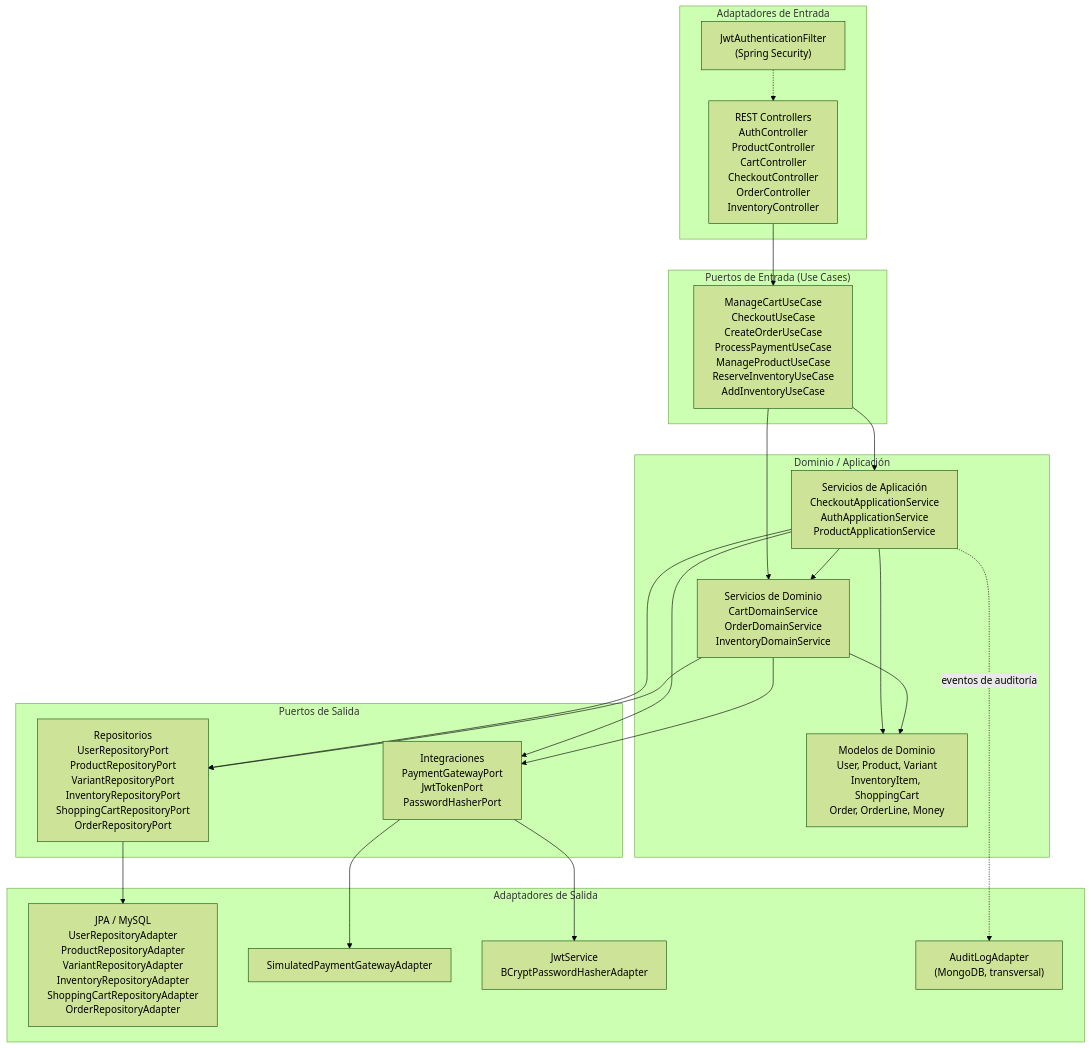
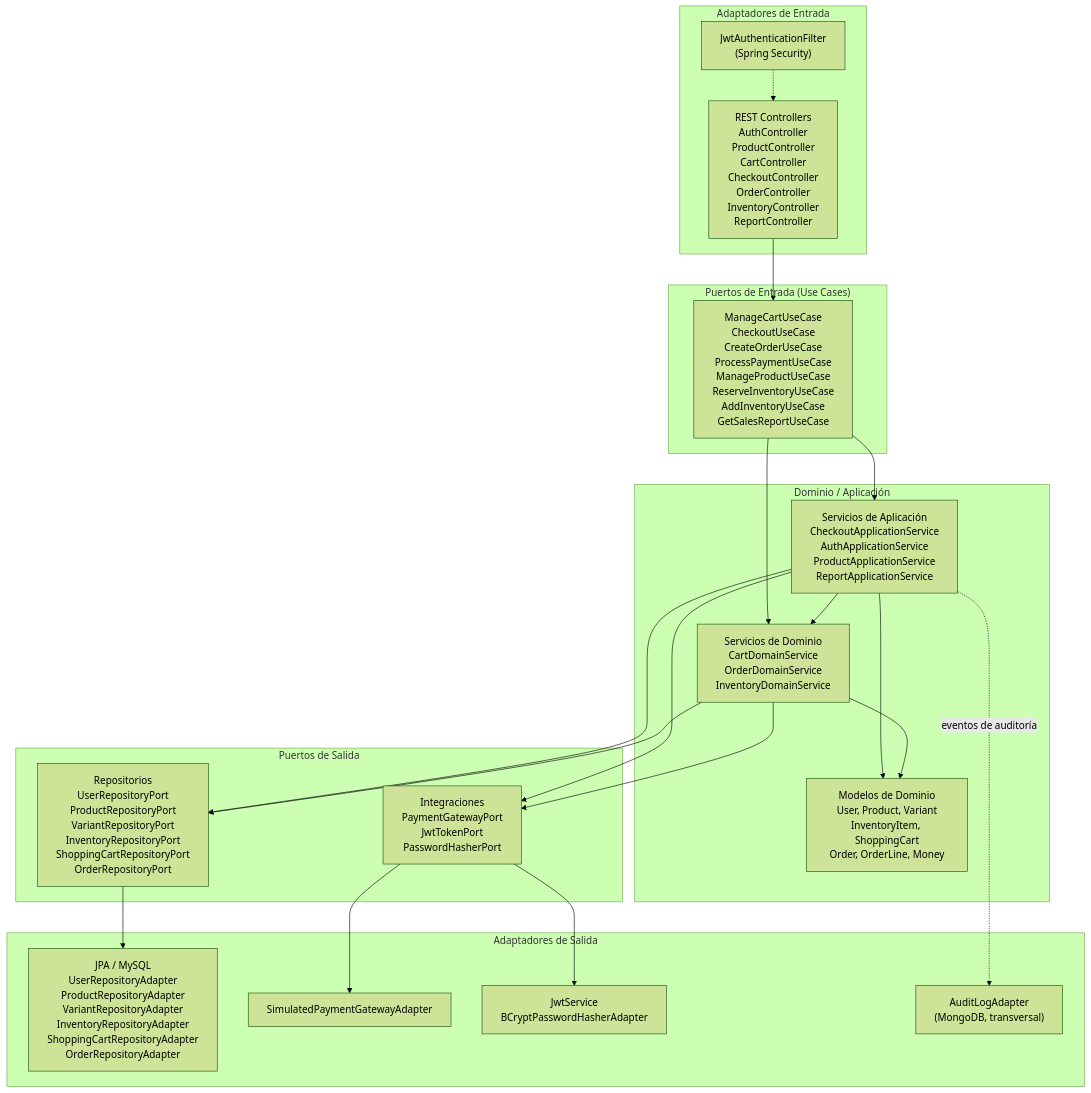
One commit to Combatt11/tradehub changed the diagram in SDD/03-Componentes.md. Above: the diagram before and after it, drawn with Mermaid (forest theme). The commit also changed 24 other files, not shown here.

Commit message:
feat(reports): add sales report endpoint, createdAt support, and 34 new tests (Prompt 17)

````diff
--- a/SDD/03-Componentes.md
+++ b/SDD/03-Componentes.md
@@ -14,45 +14,45 @@
 ```mermaid
 graph TD
     subgraph IN["Adaptadores de Entrada"]
-        REST["REST Controllers<br/>AuthController<br/>ProductController<br/>CartController<br/>CheckoutController<br/>OrderController<br/>InventoryController"]
+        REST["REST Controllers<br/>AuthController<br/>ProductController<br/>CartController<br/>CheckoutController<br/>OrderController<br/>InventoryController<br/>ReportController"]
         JWT["JwtAuthenticationFilter<br/>(Spring Security)"]
     end
 
     subgraph PORTS_IN["Puertos de Entrada (Use Cases)"]
-        UC["ManageCartUseCase<br/>CheckoutUseCase<br/>CreateOrderUseCase<br/>ProcessPaymentUseCase<br/>ManageProductUseCase<br/>ReserveInventoryUseCase<br/>AddInventoryUseCase"]
+        UC["ManageCartUseCase<br/>CheckoutUseCase<br/>CreateOrderUseCase<br/>ProcessPaymentUseCase<br/>ManageProductUseCase<br/>ReserveInventoryUseCase<br/>AddInventoryUseCase<br/>GetSalesReportUseCase"]
     end
 
     subgraph DOMAIN["Dominio / Aplicación"]
-        APP["Servicios de Aplicación<br/>CheckoutApplicationService<br/>AuthApplicationService<br/>ProductApplicationService"]
+        APP["Servicios de Aplicación<br/>CheckoutApplicationService<br/>AuthApplicationService<br/>ProductApplicationService<br/>ReportApplicationService"]
         SVC["Servicios de Dominio<br/>CartDomainService<br/>OrderDomainService<br/>InventoryDomainService"]
         MODEL["Modelos de Dominio<br/>User, Product, Variant<br/>InventoryItem, ShoppingCart<br/>Order, OrderLine, Money"]
     end
 
     subgraph PORTS_OUT["Puertos de Salida"]
         REPO["Repositorios<br/>UserRepositoryPort<br/>ProductRepositoryPort<br/>VariantRepositoryPort<br/>InventoryRepositoryPort<br/>ShoppingCartRepositoryPort<br/>OrderRepositoryPort"]
         EXT["Integraciones<br/>PaymentGatewayPort<br/>JwtTokenPort<br/>PasswordHasherPort"]
     end
 
     subgraph OUT["Adaptadores de Salida"]
         JPA["JPA / MySQL<br/>UserRepositoryAdapter<br/>ProductRepositoryAdapter<br/>VariantRepositoryAdapter<br/>InventoryRepositoryAdapter<br/>ShoppingCartRepositoryAdapter<br/>OrderRepositoryAdapter"]
         PAY["SimulatedPaymentGatewayAdapter"]
         SEC["JwtService<br/>BCryptPasswordHasherAdapter"]
         MONGO["AuditLogAdapter<br/>(MongoDB, transversal)"]
     end
 
     JWT -.-> REST
     REST --> UC
     UC --> APP
     UC --> SVC
     APP --> SVC
     APP --> MODEL
     SVC --> MODEL
     APP --> REPO
     SVC --> REPO
     APP --> EXT
     SVC --> EXT
     REPO --> JPA
     EXT --> PAY
     EXT --> SEC
     APP -.->|eventos de auditoría| MONGO
 ```
````
